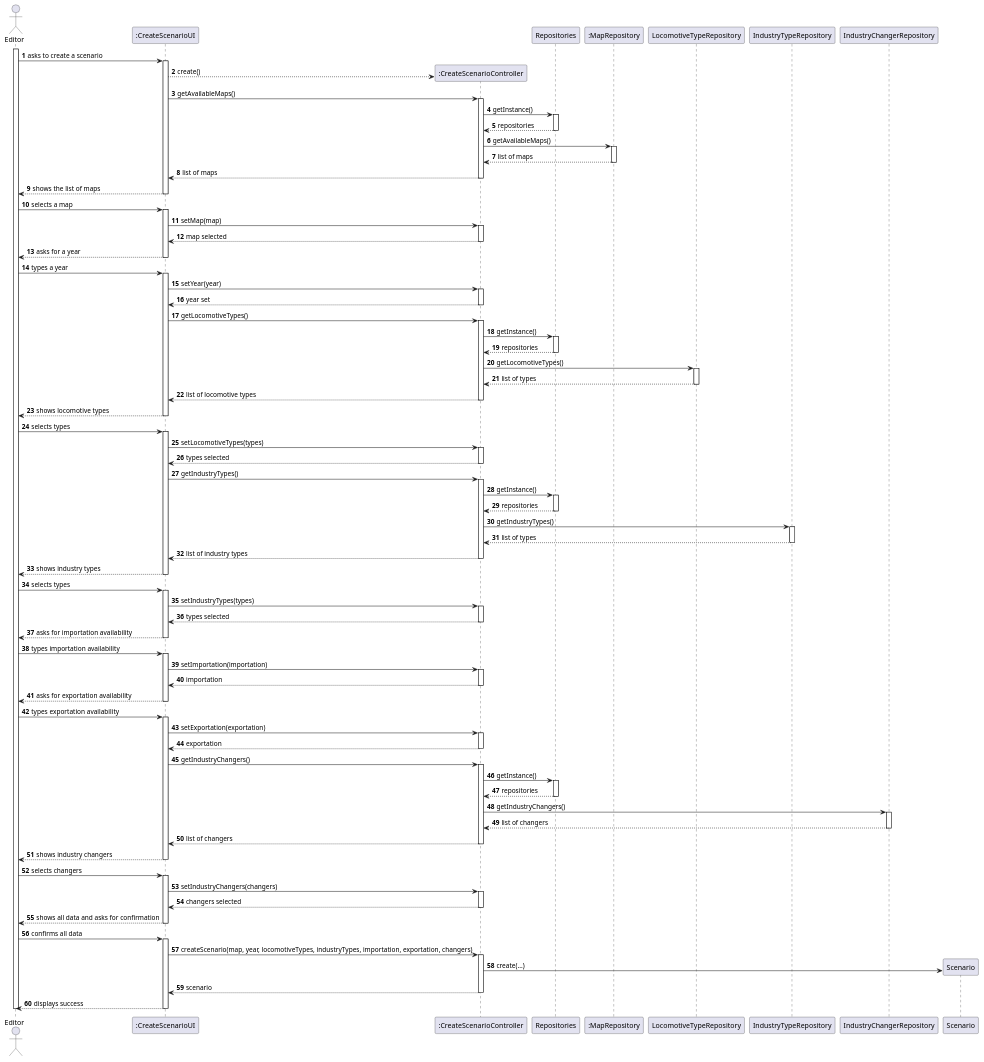
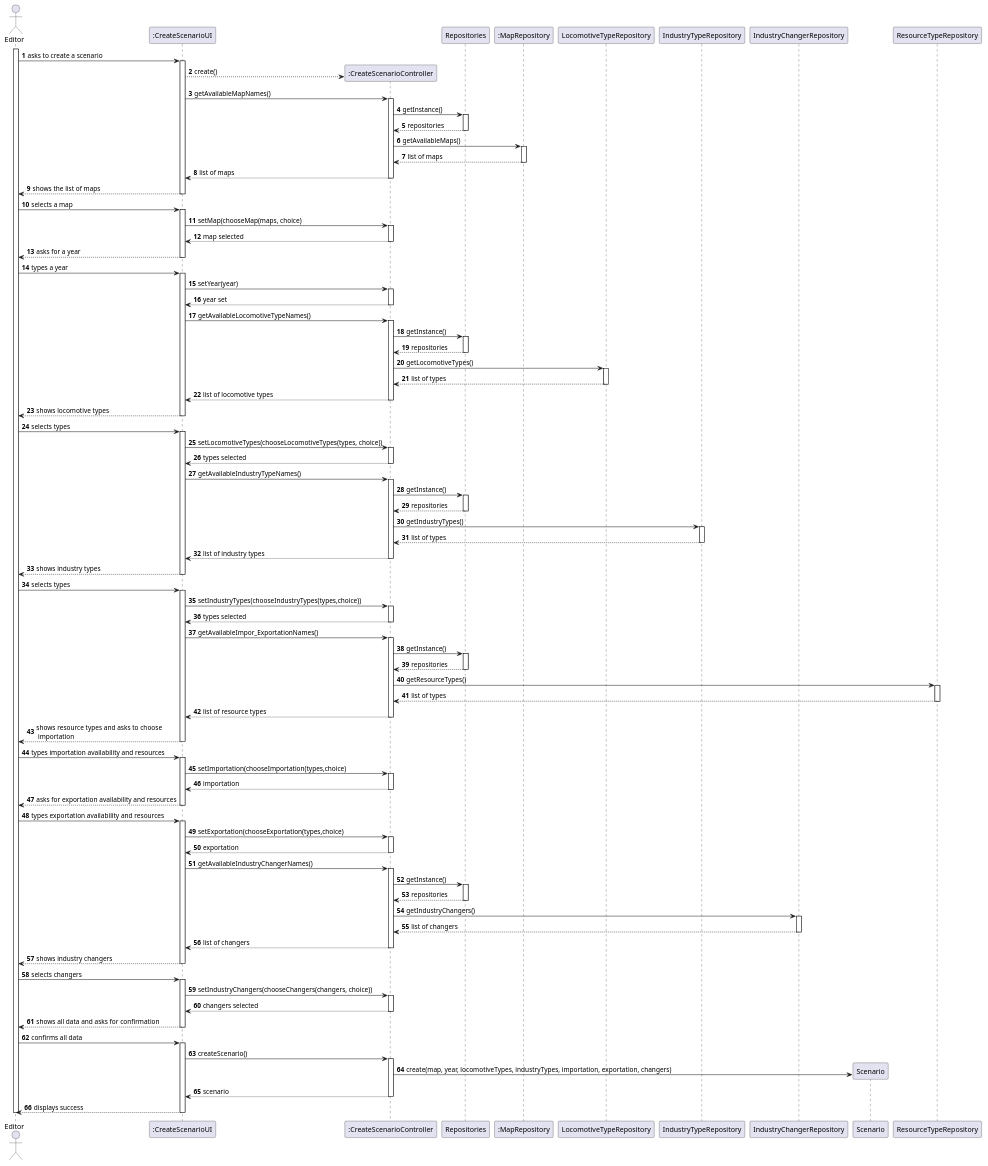
Before and after one commit to 1240935/pi2-railway-simulator: the diagram in Sprint2/US004/03.design/puml/US004-SD-full.puml, drawn with PlantUML. The commit also changed 14 other files, not shown here.

```diff
--- a/Sprint2/US004/03.design/puml/US004-SD-full.puml
+++ b/Sprint2/US004/03.design/puml/US004-SD-full.puml
@@ -1,162 +1,176 @@
 @startuml
 'skinparam monochrome true
 skinparam packageStyle rectangle
 skinparam shadowing false
 
 autonumber
 
 'hide footbox
 
 actor "Editor" as EDITOR
 participant ":CreateScenarioUI" as UI
 participant ":CreateScenarioController" as CTRL
 participant "Repositories" as REPOS
 participant ":MapRepository" as MAP_REPO
 participant "LocomotiveTypeRepository" as LOCO_REPO
 participant "IndustryTypeRepository" as IND_REPO
 participant "IndustryChangerRepository" as CHANGER_REPO
 participant "Scenario" as SCENARIO
+participant "ResourceTypeRepository" as RES_REPO
 
 
 activate EDITOR
 
     EDITOR -> UI : asks to create a scenario
     activate UI
         UI --> CTRL** : create()
 
 
-        UI -> CTRL : getAvailableMaps()
+        UI -> CTRL : getAvailableMapNames()
         activate CTRL
 
             CTRL -> REPOS : getInstance()
             activate REPOS
             REPOS --> CTRL : repositories
             deactivate REPOS
 
             CTRL -> MAP_REPO : getAvailableMaps()
             activate MAP_REPO
             MAP_REPO --> CTRL : list of maps
             deactivate MAP_REPO
 
         CTRL --> UI : list of maps
         deactivate CTRL
 
     UI --> EDITOR : shows the list of maps
     deactivate UI
 
     EDITOR -> UI : selects a map
     activate UI
-    UI -> CTRL : setMap(map)
+    UI -> CTRL : setMap(chooseMap(maps, choice)
     activate CTRL
     CTRL --> UI : map selected
     deactivate CTRL
 
     UI --> EDITOR : asks for a year
     deactivate UI
 
     EDITOR -> UI : types a year
     activate UI
     UI -> CTRL : setYear(year)
     activate CTRL
     CTRL --> UI : year set
     deactivate CTRL
 
-    UI -> CTRL : getLocomotiveTypes()
+    UI -> CTRL : getAvailableLocomotiveTypeNames()
     activate CTRL
     CTRL -> REPOS : getInstance()
     activate REPOS
     REPOS --> CTRL : repositories
     deactivate REPOS
     CTRL -> LOCO_REPO : getLocomotiveTypes()
     activate LOCO_REPO
     LOCO_REPO --> CTRL : list of types
     deactivate LOCO_REPO
     CTRL --> UI : list of locomotive types
     deactivate CTRL
     UI --> EDITOR : shows locomotive types
     deactivate UI
 
     EDITOR -> UI : selects types
     activate UI
-    UI -> CTRL : setLocomotiveTypes(types)
+    UI -> CTRL : setLocomotiveTypes(chooseLocomotiveTypes(types, choice))
     activate CTRL
     CTRL --> UI : types selected
     deactivate CTRL
 
-    UI -> CTRL : getIndustryTypes()
+    UI -> CTRL : getAvailableIndustryTypeNames()
     activate CTRL
     CTRL -> REPOS : getInstance()
     activate REPOS
     REPOS --> CTRL : repositories
     deactivate REPOS
     CTRL -> IND_REPO : getIndustryTypes()
     activate IND_REPO
     IND_REPO --> CTRL : list of types
     deactivate IND_REPO
     CTRL --> UI : list of industry types
     deactivate CTRL
     UI --> EDITOR : shows industry types
     deactivate UI
 
     EDITOR -> UI : selects types
     activate UI
-    UI -> CTRL : setIndustryTypes(types)
+    UI -> CTRL : setIndustryTypes(chooseIndustryTypes(types,choice))
     activate CTRL
     CTRL --> UI : types selected
     deactivate CTRL
 
-    UI --> EDITOR : asks for importation availability
-    deactivate UI
-    EDITOR -> UI : types importation availability
+    UI -> CTRL : getAvailableImpor_ExportationNames()
+        activate CTRL
+        CTRL -> REPOS : getInstance()
+        activate REPOS
+        REPOS --> CTRL : repositories
+        deactivate REPOS
+        CTRL -> RES_REPO : getResourceTypes()
+        activate RES_REPO
+        RES_REPO --> CTRL : list of types
+            deactivate RES_REPO
+            CTRL --> UI : list of resource types
+            deactivate CTRL
+            UI --> EDITOR : shows resource types and asks to choose \n importation
+            deactivate UI
+
+    EDITOR -> UI : types importation availability and resources
     activate UI
-    UI -> CTRL : setImportation(importation)
+    UI -> CTRL : setImportation(chooseImportation(types,choice)
     activate CTRL
     CTRL --> UI : importation
     deactivate CTRL
 
-    UI --> EDITOR : asks for exportation availability
+    UI --> EDITOR : asks for exportation availability and resources
         deactivate UI
-        EDITOR -> UI : types exportation availability
+        EDITOR -> UI : types exportation availability and resources
         activate UI
-        UI -> CTRL : setExportation(exportation)
+        UI -> CTRL : setExportation(chooseExportation(types,choice)
         activate CTRL
         CTRL --> UI : exportation
         deactivate CTRL
 
-    UI -> CTRL : getIndustryChangers()
+    UI -> CTRL : getAvailableIndustryChangerNames()
     activate CTRL
     CTRL -> REPOS : getInstance()
                             activate REPOS
                             REPOS --> CTRL : repositories
                             deactivate REPOS
     CTRL -> CHANGER_REPO : getIndustryChangers()
     activate CHANGER_REPO
     CHANGER_REPO --> CTRL : list of changers
     deactivate CHANGER_REPO
     CTRL --> UI : list of changers
     deactivate CTRL
     UI --> EDITOR : shows industry changers
     deactivate UI
 
     EDITOR -> UI : selects changers
     activate UI
-    UI -> CTRL : setIndustryChangers(changers)
+    UI -> CTRL : setIndustryChangers(chooseChangers(changers, choice))
     activate CTRL
     CTRL --> UI : changers selected
     deactivate CTRL
 
     UI --> EDITOR : shows all data and asks for confirmation
     deactivate UI
     EDITOR -> UI : confirms all data
     activate UI
 
-    UI -> CTRL : createScenario(map, year, locomotiveTypes, industryTypes, importation, exportation, changers)
+    UI -> CTRL : createScenario()
     activate CTRL
-    CTRL -> SCENARIO ** : create(...)
+    CTRL -> SCENARIO ** : create(map, year, locomotiveTypes, industryTypes, importation, exportation, changers)
     CTRL --> UI : scenario
     deactivate CTRL
 
     UI --> EDITOR : displays success
     deactivate UI
 deactivate EDITOR
 @enduml
```
